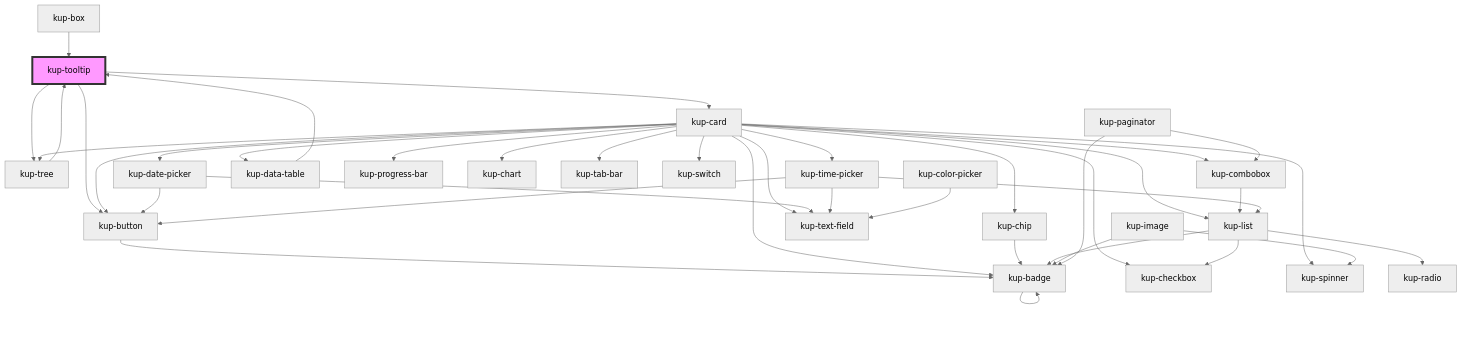
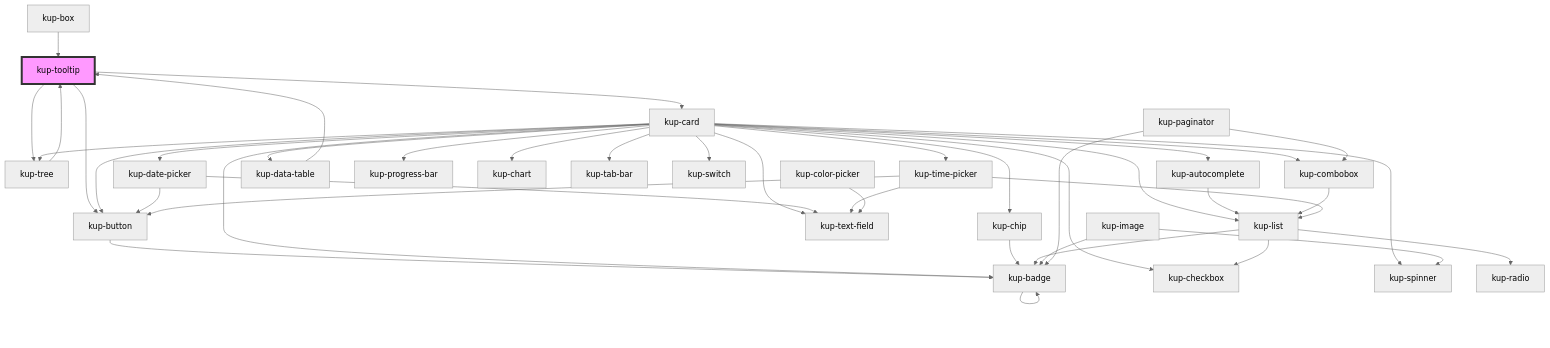
One commit to smeup/ketchup changed the diagram in packages/ketchup/src/components/kup-tooltip/readme.md. Above: the diagram before and after it, drawn with Mermaid (neutral theme). The commit also changed 12 other files, not shown here.

````diff
--- a/packages/ketchup/src/components/kup-tooltip/readme.md
+++ b/packages/ketchup/src/components/kup-tooltip/readme.md
@@ -96,43 +96,45 @@
 ```mermaid
 graph TD;
   kup-tooltip --> kup-button
   kup-tooltip --> kup-card
   kup-tooltip --> kup-tree
   kup-button --> kup-badge
   kup-badge --> kup-badge
   kup-card --> kup-chip
   kup-card --> kup-badge
+  kup-card --> kup-autocomplete
   kup-card --> kup-button
   kup-card --> kup-checkbox
   kup-card --> kup-combobox
   kup-card --> kup-date-picker
   kup-card --> kup-text-field
   kup-card --> kup-time-picker
   kup-card --> kup-data-table
   kup-card --> kup-list
   kup-card --> kup-progress-bar
   kup-card --> kup-chart
   kup-card --> kup-spinner
   kup-card --> kup-tab-bar
+  kup-card --> kup-tree
   kup-card --> kup-switch
-  kup-card --> kup-tree
   kup-chip --> kup-badge
-  kup-combobox --> kup-list
+  kup-autocomplete --> kup-list
   kup-list --> kup-radio
   kup-list --> kup-checkbox
   kup-list --> kup-badge
+  kup-combobox --> kup-list
   kup-date-picker --> kup-text-field
   kup-date-picker --> kup-button
   kup-time-picker --> kup-text-field
   kup-time-picker --> kup-button
   kup-time-picker --> kup-list
   kup-data-table --> kup-tooltip
   kup-image --> kup-spinner
   kup-image --> kup-badge
   kup-color-picker --> kup-text-field
   kup-paginator --> kup-combobox
   kup-paginator --> kup-badge
   kup-tree --> kup-tooltip
   kup-box --> kup-tooltip
   style kup-tooltip fill:#f9f,stroke:#333,stroke-width:4px
 ```
````
